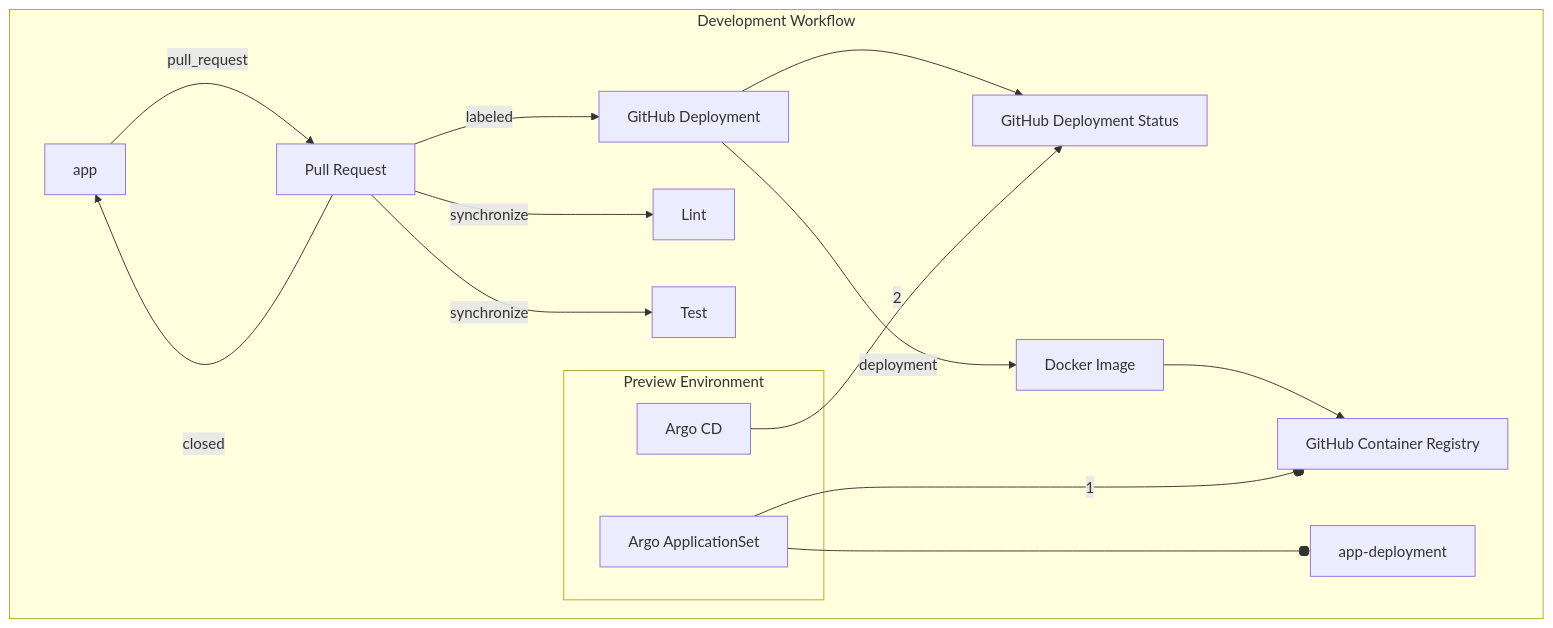
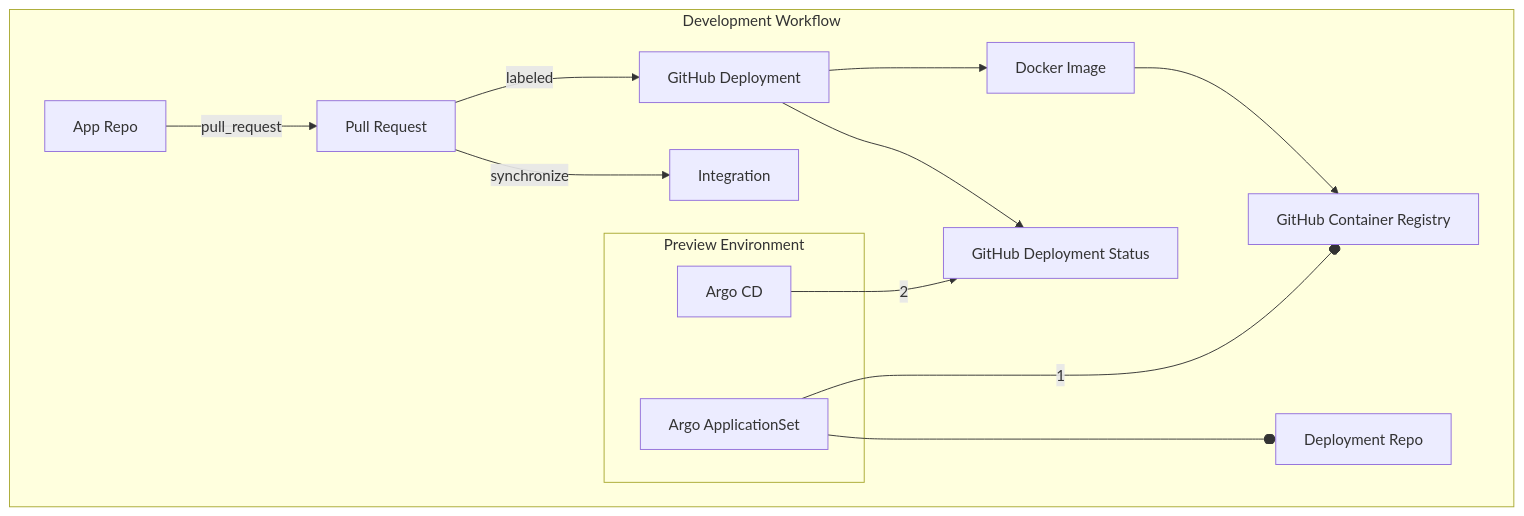
One commit to gitops-ci-cd/.github changed the second of 5 diagrams in profile/README.md. Above: the diagram before and after it, drawn with Mermaid. The commit also changed other lines of this file, not shown here.

Commit message:
Capture flow a bit better

````diff
--- a/profile/README.md
+++ b/profile/README.md
@@ -116,24 +111,31 @@
 ```mermaid
 flowchart TD
     registry[GitHub Container Registry]
 
     subgraph env[Preview Environment]
         argo[Argo CD]
         argo-app[Argo ApplicationSet]
     end
 
     subgraph dev[Development Workflow]
-        app -- pull_request --> pr[Pull Request]
-        pr -- synchronize --> lint[Lint] & test[Test]
-        pr -- labeled --> deployment[GitHub Deployment] --> deployment-status[GitHub Deployment Status]
-        deployment -- deployment --> build[Docker Image]
+        app[App Repo]
+        app-deployment[Deployment Repo]
+        deployment[GitHub Deployment]
+        deployment-status[GitHub Deployment Status]
+        build[Docker Image]
+        pr[Pull Request]
+        integration[Integration]
+
+        app -- pull_request --> pr
+        pr -- synchronize --> integration
+        pr -- labeled --> deployment
+        deployment --> build
+        deployment --> deployment-status
         build --> registry
 
         env
         argo-app -- 1 --o registry
         argo-app ---o app-deployment
         argo -- 2 --> deployment-status
-
-        pr -- closed --> app
     end
 ```
````
